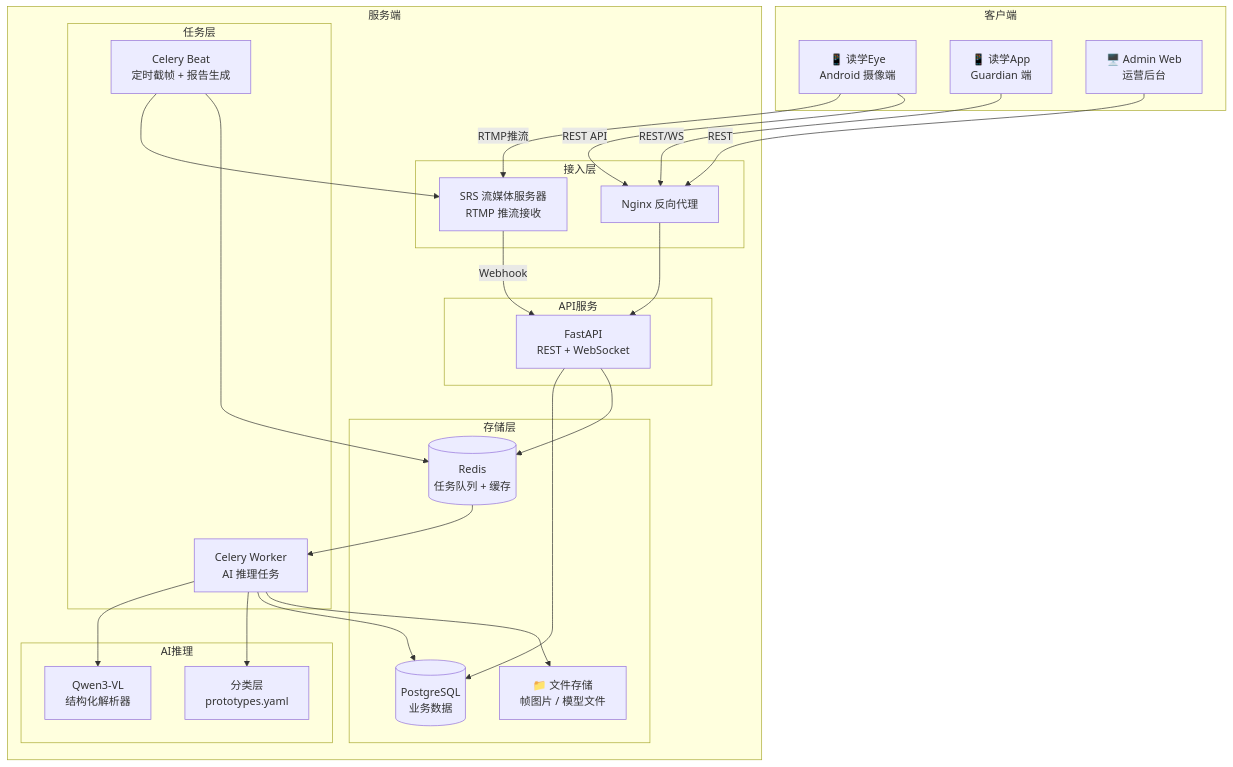
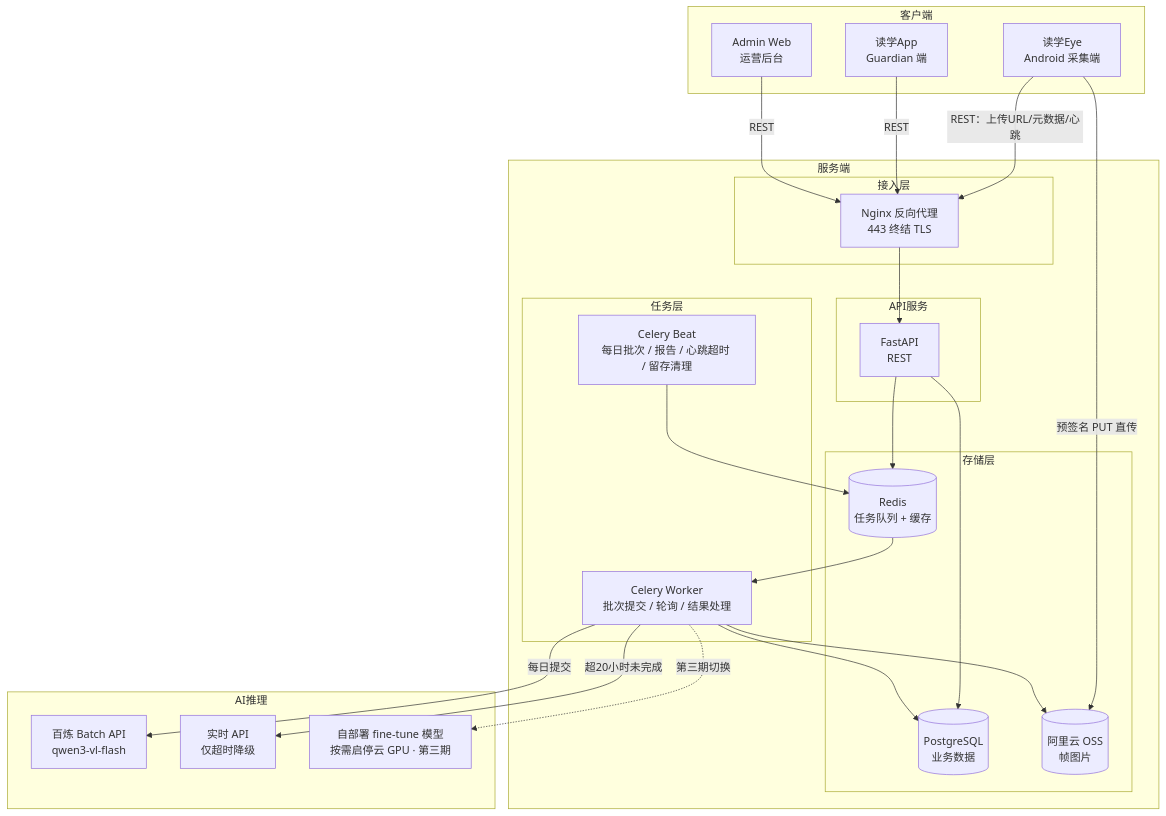
One commit to johanchow/duxue changed the first of 2 diagrams in docs/ARCHITECTURE.md. Above: the diagram before and after it, drawn with Mermaid. The commit also changed other lines of this file and 18 other files, not shown here.

````diff
--- a/docs/ARCHITECTURE.md
+++ b/docs/ARCHITECTURE.md
@@ -20,51 +20,50 @@
 ```mermaid
 graph TB
     subgraph 客户端
-        CAM[📱 读学Eye<br/>Android 摄像端]
-        APP[📱 读学App<br/>Guardian 端]
-        ADMIN[🖥️ Admin Web<br/>运营后台]
+        CAM[读学Eye<br/>Android 采集端]
+        APP[读学App<br/>Guardian 端]
+        ADMIN[Admin Web<br/>运营后台]
     end
 
     subgraph 服务端
         subgraph 接入层
-            NGINX[Nginx 反向代理]
-            SRS[SRS 流媒体服务器<br/>RTMP 推流接收]
+            NGINX[Nginx 反向代理<br/>443 终结 TLS]
         end
 
         subgraph API服务
-            API[FastAPI<br/>REST + WebSocket]
+            API[FastAPI<br/>REST]
         end
 
         subgraph 任务层
-            WORKER[Celery Worker<br/>AI 推理任务]
-            BEAT[Celery Beat<br/>定时截帧 + 报告生成]
+            WORKER[Celery Worker<br/>批次提交 / 轮询 / 结果处理]
+            BEAT[Celery Beat<br/>每日批次 / 报告 / 心跳超时 / 留存清理]
         end
 
         subgraph 存储层
             PG[(PostgreSQL<br/>业务数据)]
             REDIS[(Redis<br/>任务队列 + 缓存)]
-            FS[📁 文件存储<br/>帧图片 / 模型文件]
-        end
-
-        subgraph AI推理
-            VLM[Qwen3-VL<br/>结构化解析器]
-            CLS[分类层<br/>prototypes.yaml]
+            OSS[(阿里云 OSS<br/>帧图片)]
         end
     end
 
-    CAM -- RTMP推流 --> SRS
-    CAM -- REST API --> NGINX
-    APP -- REST/WS --> NGINX
+    subgraph AI推理
+        BATCH[百炼 Batch API<br/>qwen3-vl-flash]
+        RT[实时 API<br/>仅超时降级]
+        LOCAL[自部署 fine-tune 模型<br/>按需启停云 GPU · 第三期]
+    end
+
+    CAM -- 预签名 PUT 直传 --> OSS
+    CAM -- REST：上传URL/元数据/心跳 --> NGINX
+    APP -- REST --> NGINX
     ADMIN -- REST --> NGINX
     NGINX --> API
-    SRS -- Webhook --> API
     API --> PG
     API --> REDIS
-    BEAT --> SRS
+    REDIS --> WORKER
     BEAT --> REDIS
-    WORKER --> VLM
-    WORKER --> CLS
+    WORKER --> OSS
+    WORKER -- 每日提交 --> BATCH
+    WORKER -- 超20小时未完成 --> RT
+    WORKER -. 第三期切换 .-> LOCAL
     WORKER --> PG
-    WORKER --> FS
-    REDIS --> WORKER
 ```
````
